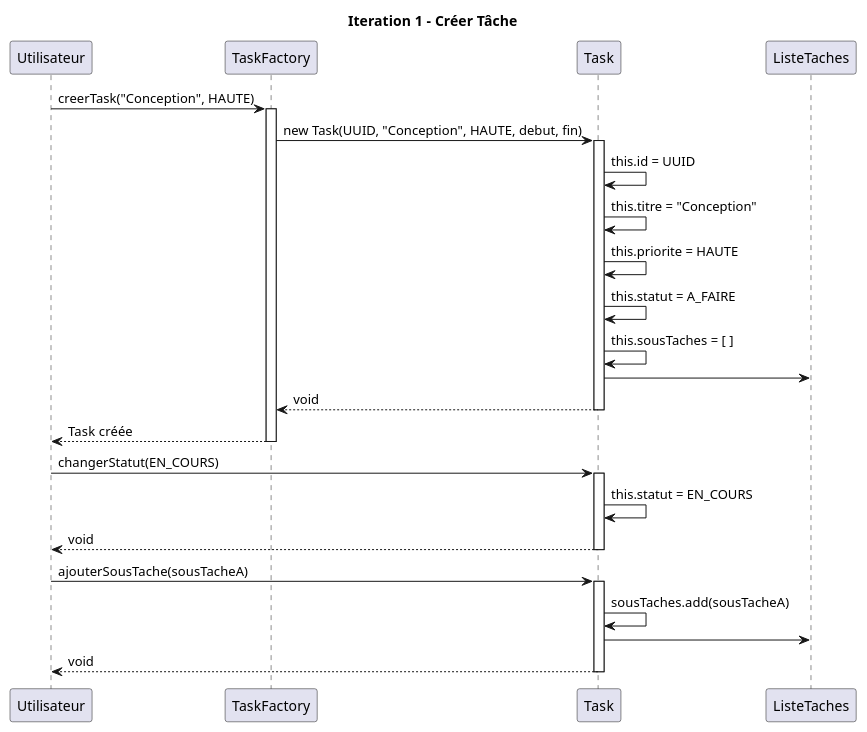
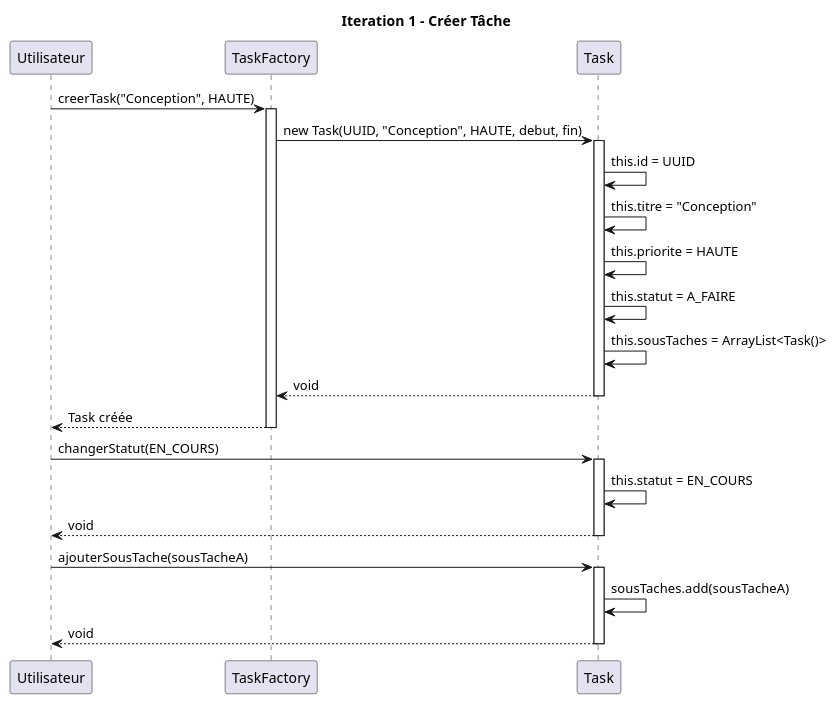
One commit to LeVraiKenan/SAE_3_01 changed the diagram in Document/Iteration_1/DiagrammeSequenceCreer.puml. Above: the diagram before and after it, drawn with PlantUML.

```diff
--- a/Document/Iteration_1/DiagrammeSequenceCreer.puml
+++ b/Document/Iteration_1/DiagrammeSequenceCreer.puml
@@ -1,39 +1,36 @@
 @startuml
 Title Iteration 1 - Créer Tâche
 
 participant Utilisateur
 participant TaskFactory
 participant Task
-participant ListeTaches
 
 Utilisateur -> TaskFactory: creerTask("Conception", HAUTE)
 activate TaskFactory
 
 TaskFactory -> Task: new Task(UUID, "Conception", HAUTE, debut, fin)
 activate Task
 Task -> Task: this.id = UUID
 Task -> Task: this.titre = "Conception"
 Task -> Task: this.priorite = HAUTE
 Task -> Task: this.statut = A_FAIRE
-Task -> Task: this.sousTaches = [ ]
-Task ->ListeTaches
+Task -> Task: this.sousTaches = ArrayList<Task()>
 Task --> TaskFactory: void
 deactivate Task
 
 TaskFactory --> Utilisateur: Task créée
 deactivate TaskFactory
 
 Utilisateur -> Task: changerStatut(EN_COURS)
 activate Task
 Task -> Task: this.statut = EN_COURS
 Task --> Utilisateur: void
 deactivate Task
 
 Utilisateur -> Task: ajouterSousTache(sousTacheA)
 activate Task
 Task -> Task: sousTaches.add(sousTacheA)
-Task -> ListeTaches
 Task --> Utilisateur: void
 deactivate Task
 
 @enduml
```
